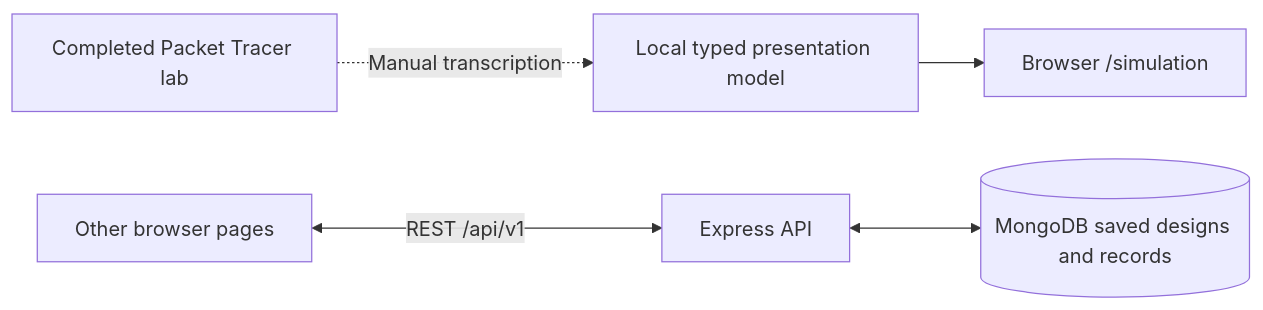
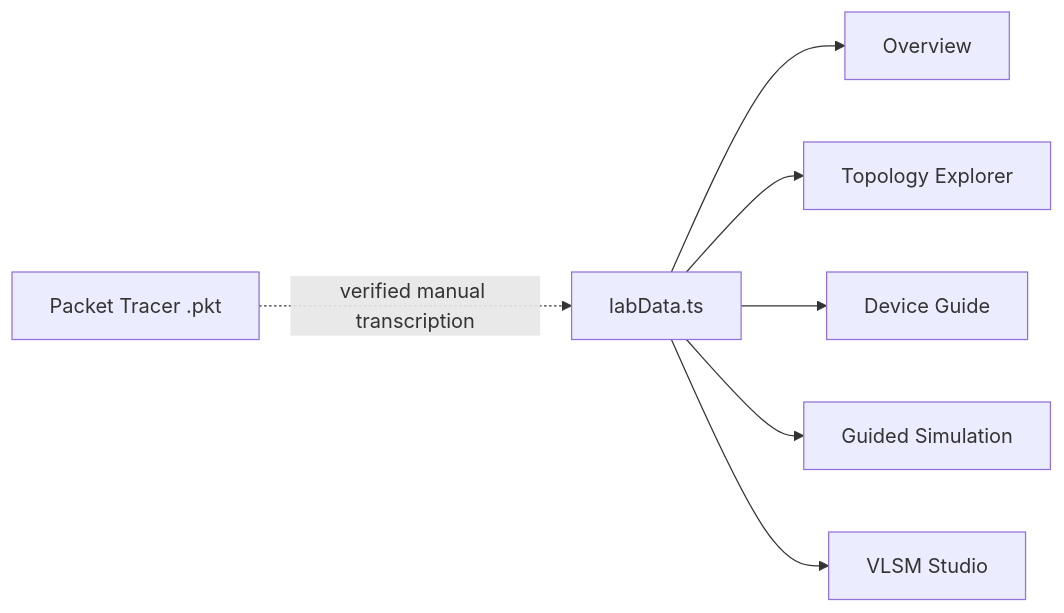
One commit to anish-9387/CorporateNet changed the diagram in docs/architecture.md. Above: the diagram before and after it, drawn with Mermaid. The commit also changed other lines of this file and 83 other files, not shown here.

````diff
--- a/docs/architecture.md
+++ b/docs/architecture.md
@@ -13,7 +12,9 @@
 ```mermaid
 flowchart LR
-  PKT[Completed Packet Tracer lab] -. Manual transcription .-> MODEL[Local typed presentation model]
-  MODEL --> PRESENT[Browser /simulation]
-  DASH[Other browser pages] <-- REST /api/v1 --> API[Express API]
-  API <--> DB[(MongoDB saved designs and records)]
+  PKT[Packet Tracer .pkt] -. verified manual transcription .-> DATA[labData.ts]
+  DATA --> OVERVIEW[Overview]
+  DATA --> TOPOLOGY[Topology Explorer]
+  DATA --> DEVICES[Device Guide]
+  DATA --> PRESENT[Guided Simulation]
+  DATA --> VLSM[VLSM Studio]
 ```
````
